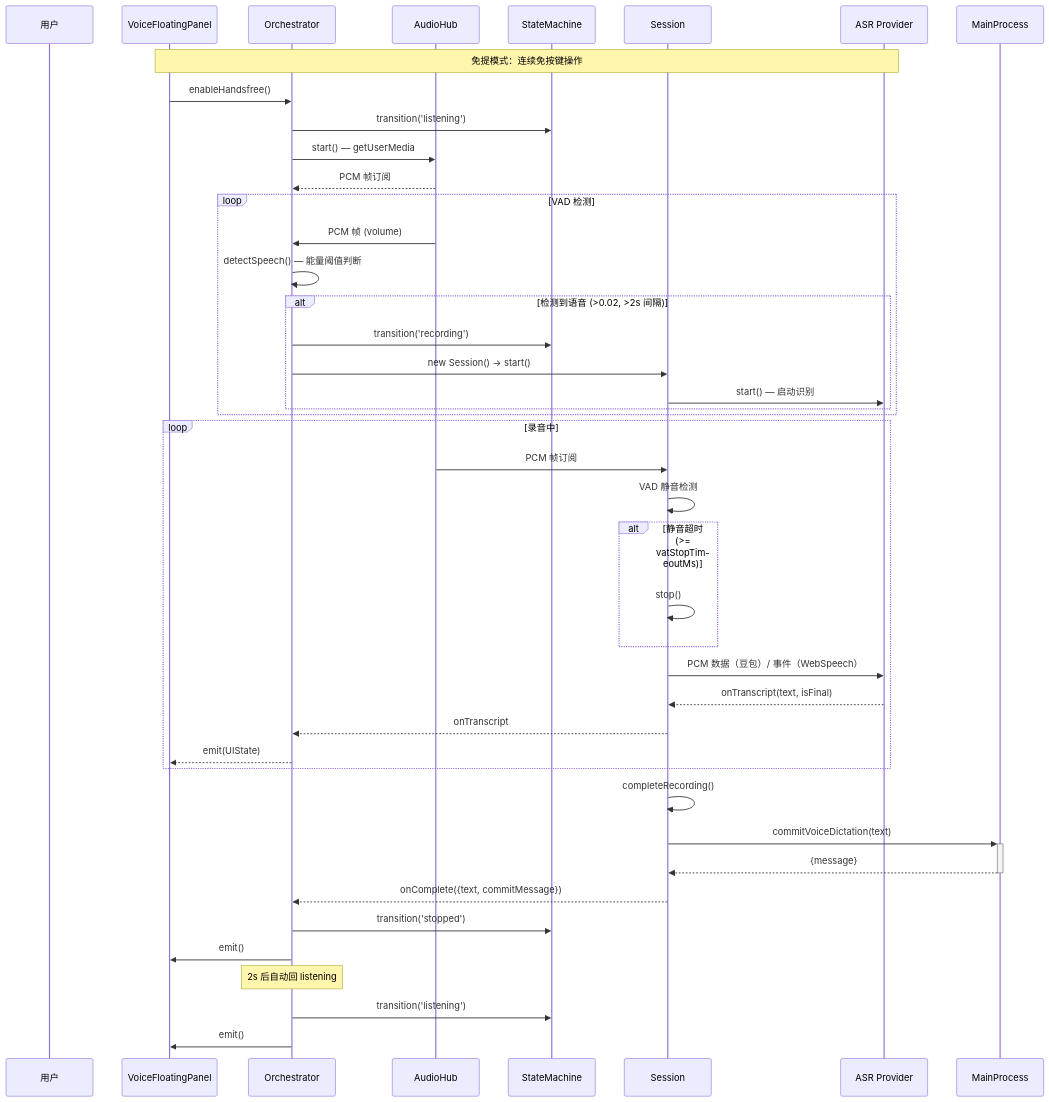
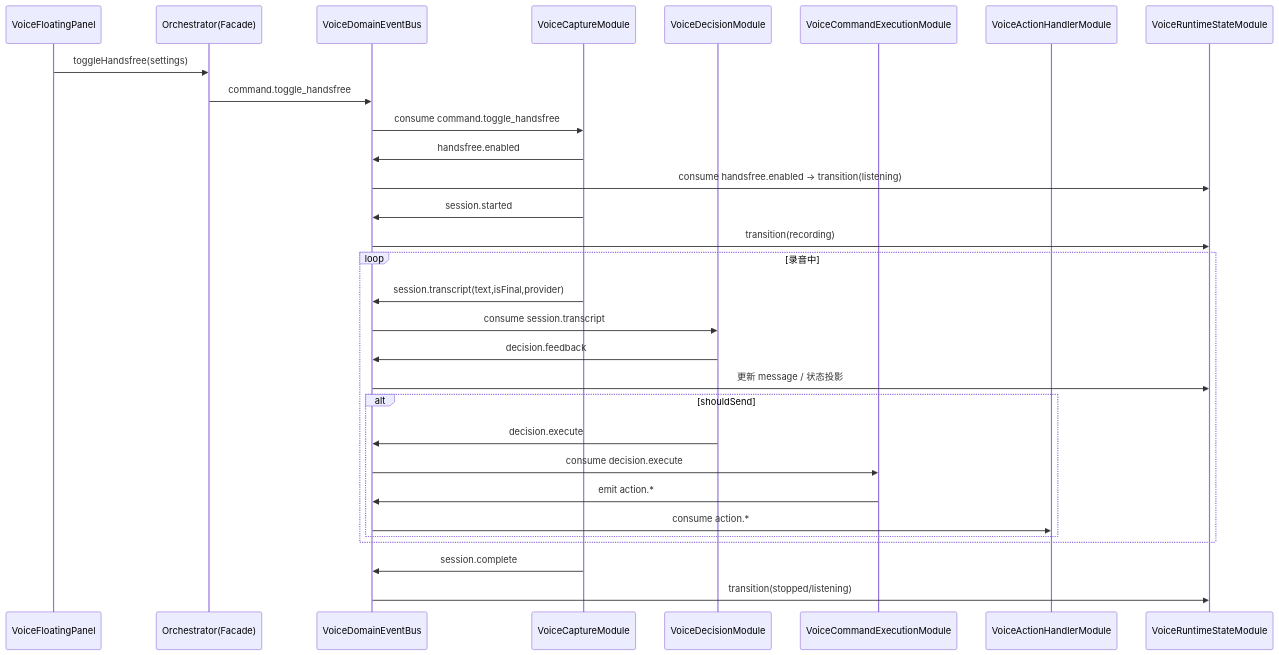
The third of 3 diagrams in apps/electron/src/renderer/components/voice-dictation/CLAUDE.md (yjzaaa/porma_v1), drawn with Mermaid before and after one commit. The commit also changed other lines of this file and 53 other files, not shown here.

````diff
--- a/apps/electron/src/renderer/components/voice-dictation/CLAUDE.md
+++ b/apps/electron/src/renderer/components/voice-dictation/CLAUDE.md
@@ -102,49 +84,36 @@
 ```mermaid
 sequenceDiagram
-    participant User as 用户
     participant UI as VoiceFloatingPanel
-    participant Orch as Orchestrator
-    participant Hub as AudioHub
-    participant FSM as StateMachine
-    participant Sess as Session
-    participant ASR as ASR Provider
-    
-    Note over UI,ASR: 免提模式：连续免按键操作
-    
-    UI->>Orch: enableHandsfree()
-    Orch->>FSM: transition('listening')
-    Orch->>Hub: start() — getUserMedia
-    Hub-->>Orch: PCM 帧订阅
-    
-    loop VAD 检测
-        Hub->>Orch: PCM 帧 (volume)
-        Orch->>Orch: detectSpeech() — 能量阈值判断
-        alt 检测到语音 (>0.02, >2s 间隔)
-            Orch->>FSM: transition('recording')
-            Orch->>Sess: new Session() → start()
-            Sess->>ASR: start() — 启动识别
-        end
+    participant F as Orchestrator(Facade)
+    participant B as VoiceDomainEventBus
+    participant C as VoiceCaptureModule
+    participant D as VoiceDecisionModule
+    participant X as VoiceCommandExecutionModule
+    participant H as VoiceActionHandlerModule
+    participant S as VoiceRuntimeStateModule
+
+    UI->>F: toggleHandsfree(settings)
+    F->>B: command.toggle_handsfree
+    B->>C: consume command.toggle_handsfree
+    C->>B: handsfree.enabled
+    B->>S: consume handsfree.enabled -> transition(listening)
+
+    C->>B: session.started
+    B->>S: transition(recording)
+
+    loop 录音中
+      C->>B: session.transcript(text,isFinal,provider)
+      B->>D: consume session.transcript
+      D->>B: decision.feedback
+      B->>S: 更新 message / 状态投影
+      alt shouldSend
+        D->>B: decision.execute
+        B->>X: consume decision.execute
+        X->>B: emit action.*
+        B->>H: consume action.*
+      end
     end
-    
-    loop 录音中
-        Hub->>Sess: PCM 帧订阅
-        Sess->>Sess: VAD 静音检测
-        alt 静音超时 (>= vatStopTimeoutMs)
-            Sess->>Sess: stop()
-        end
-        Sess->>ASR: PCM 数据（豆包）/ 事件（WebSpeech）
-        ASR-->>Sess: onTranscript(text, isFinal)
-        Sess-->>Orch: onTranscript
-        Orch-->>UI: emit(UIState)
-    end
-    
-    Sess->>Sess: completeRecording()
-    Sess->>+MainProcess: commitVoiceDictation(text)
-    MainProcess-->>-Sess: {message}
-    Sess-->>Orch: onComplete({text, commitMessage})
-    Orch->>FSM: transition('stopped')
-    Orch->>UI: emit()
-    Note over Orch: 2s 后自动回 listening
-    Orch->>FSM: transition('listening')
-    Orch->>UI: emit()
+
+    C->>B: session.complete
+    B->>S: transition(stopped/listening)
 ```
````
